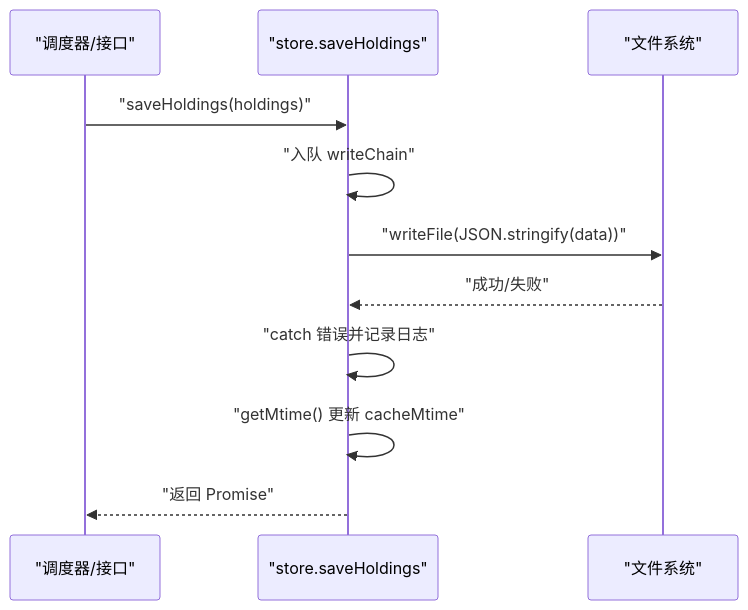
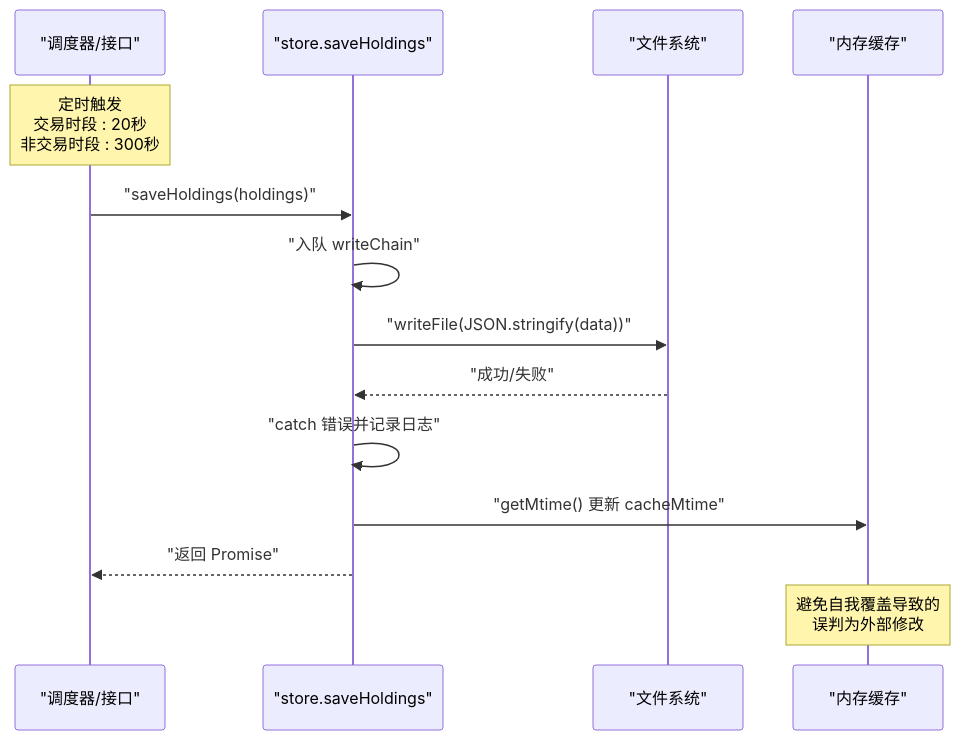
Before and after one commit to salenju/stock-advisor: the fourth of 5 diagrams in .qoder/repowiki/zh/content/系统架构/数据流设计/数据持久化.md, drawn with Mermaid. The commit also changed other lines of this file and 31 other files, not shown here.

````diff
--- a/.qoder/repowiki/zh/content/系统架构/数据流设计/数据持久化.md
+++ b/.qoder/repowiki/zh/content/系统架构/数据流设计/数据持久化.md
@@ -147,13 +182,16 @@
 ```mermaid
 sequenceDiagram
 participant S as "调度器/接口"
 participant ST as "store.saveHoldings"
 participant FS as "文件系统"
+participant Cache as "内存缓存"
+Note over S : 定时触发<br/>交易时段 : 20秒<br/>非交易时段 : 300秒
 S->>ST : "saveHoldings(holdings)"
 ST->>ST : "入队 writeChain"
 ST->>FS : "writeFile(JSON.stringify(data))"
 FS-->>ST : "成功/失败"
 ST->>ST : "catch 错误并记录日志"
-ST->>ST : "getMtime() 更新 cacheMtime"
+ST->>Cache : "getMtime() 更新 cacheMtime"
 ST-->>S : "返回 Promise"
+Note over Cache : 避免自我覆盖导致的<br/>误判为外部修改
 ```
````
